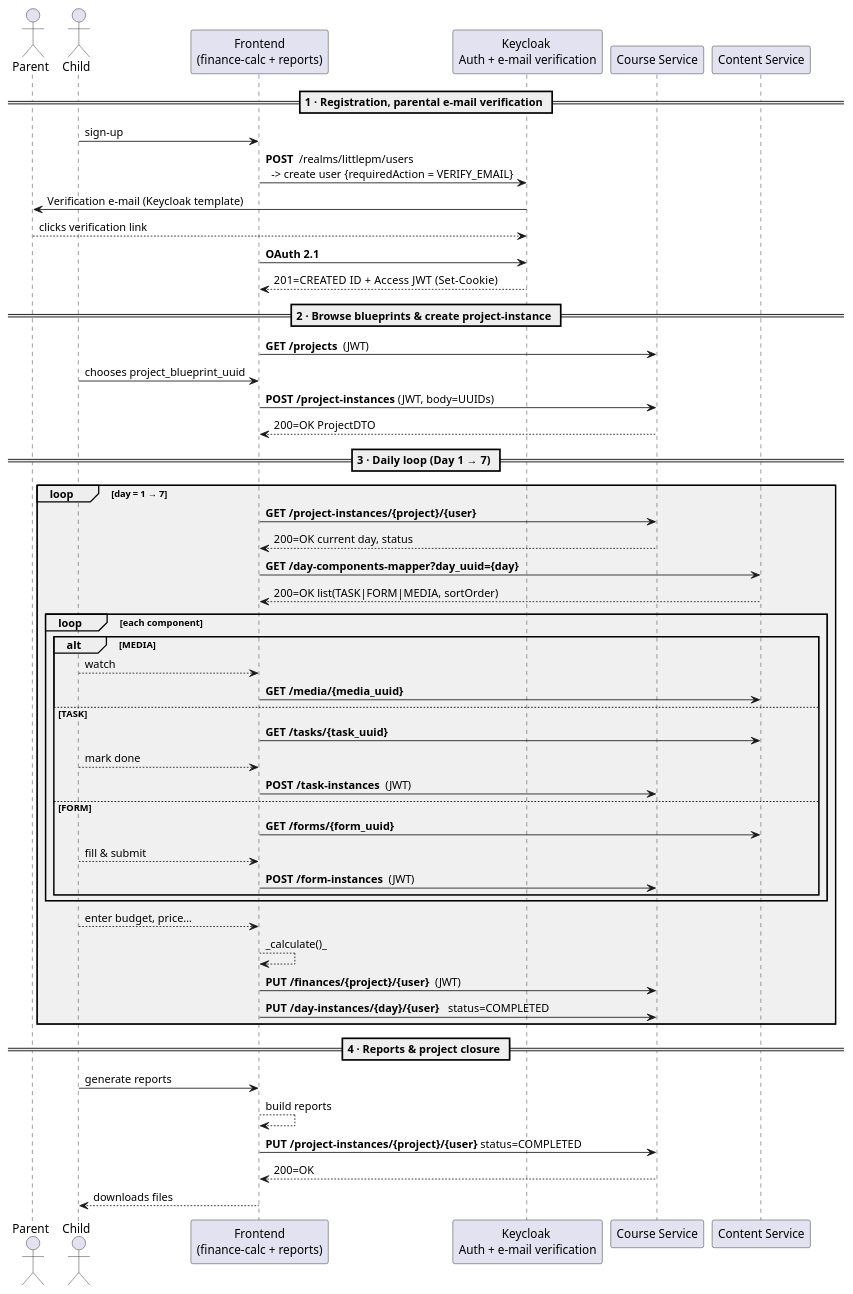
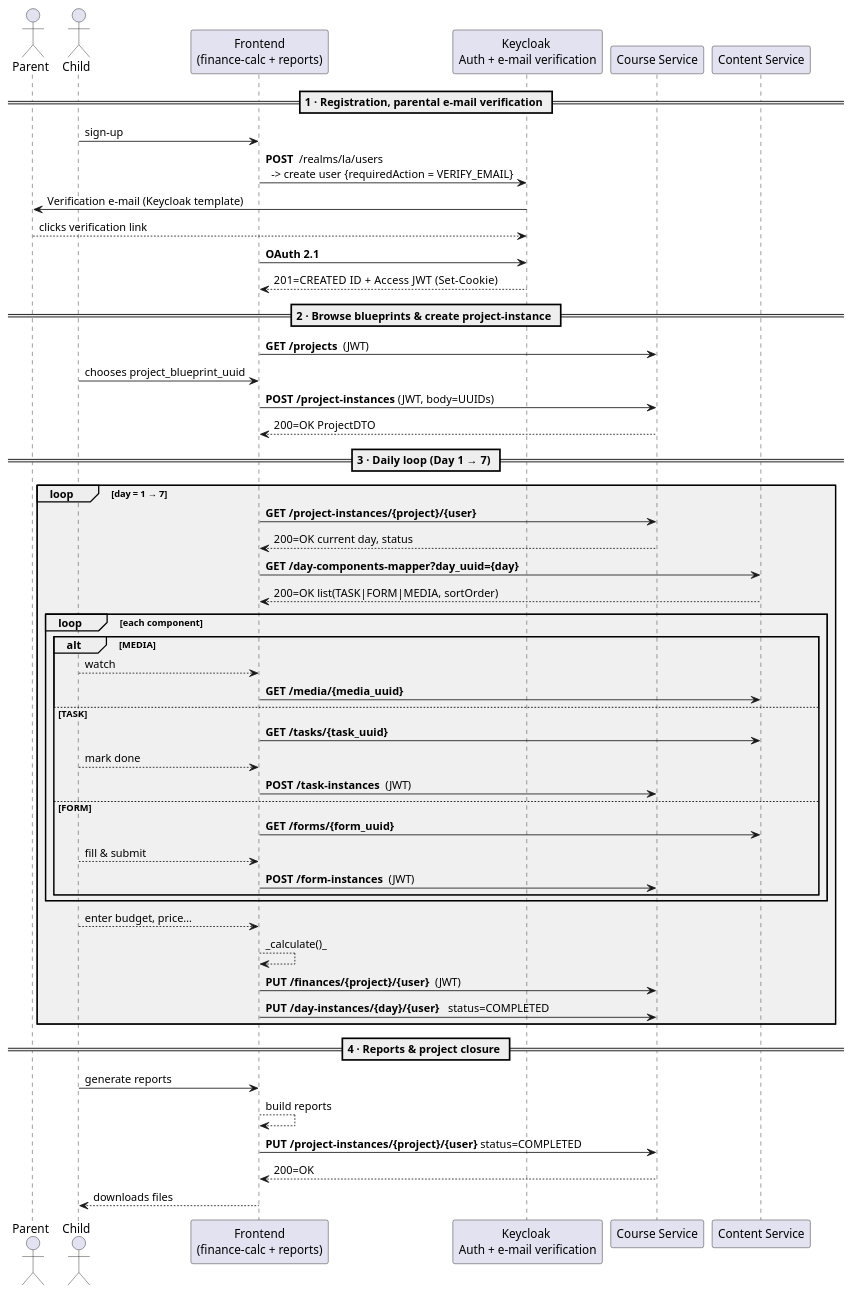
The diagram in docs/design/sequence-diagram/sequence-diag.plantuml (dmr4eg/la-infrastructure), drawn with PlantUML before and after one commit. The commit also changed 20 other files, not shown here.

```diff
--- a/docs/design/sequence-diagram/sequence-diag.plantuml
+++ b/docs/design/sequence-diagram/sequence-diag.plantuml
@@ -1,74 +1,74 @@
 @startuml
 
 skinparam package {
     FontSize 13
     FontStyle bold
     BackgroundColor #F0F0F0
 }
 
 actor Parent
 actor Child
 
 participant "Frontend\n(finance-calc + reports)"      as FE
 participant "Keycloak \nAuth + e-mail verification"    as KC
 participant "Course Service"  as COURSE
 participant "Content Service" as CONTENT
 
 == 1 · Registration, parental e-mail verification ==
 Child  -> FE     : sign-up 
-FE     -> KC     : **POST**  /realms/littlepm/users\n  -> create user {requiredAction = VERIFY_EMAIL}
+FE     -> KC     : **POST**  /realms/la/users\n  -> create user {requiredAction = VERIFY_EMAIL}
 KC     -> Parent : Verification e-mail (Keycloak template)
 Parent --> KC    : clicks verification link 
 FE     -> KC     : **OAuth 2.1** 
 KC     --> FE    : 201=CREATED ID + Access JWT   (Set-Cookie)
 
 
 == 2 · Browse blueprints & create project-instance ==
 FE     -> COURSE : **GET /projects**  (JWT)
 Child  -> FE     : chooses project_blueprint_uuid
 FE     -> COURSE : **POST /project-instances** (JWT, body=UUIDs)
 COURSE --> FE    : 200=OK ProjectDTO 
 
 == 3 · Daily loop  (Day 1 → 7) ==
 loop day = 1 → 7
   ' 3.1 progress/meta
   FE  -> COURSE  : **GET /project-instances/{project}/{user}**
   COURSE--> FE   : 200=OK current day, status
 
   ' 3.2 teaching content
   FE  -> CONTENT : **GET /day-components-mapper?day_uuid={day}**
   CONTENT --> FE : 200=OK list(TASK|FORM|MEDIA, sortOrder)
 
   ' 3.3 execute components
   loop each component
     alt MEDIA
       Child --> FE  : watch 
       FE -> CONTENT : **GET /media/{media_uuid}**
     else TASK
       FE -> CONTENT : **GET /tasks/{task_uuid}**
       Child --> FE  : mark done
       FE -> COURSE  : **POST /task-instances**  (JWT)
     else FORM
       FE -> CONTENT : **GET /forms/{form_uuid}**
       Child --> FE  : fill & submit
       FE -> COURSE  : **POST /form-instances**  (JWT)
     end
   end
 
   ' 3.4 client-side finance
   Child --> FE : enter budget, price…
   FE    --> FE : _calculate()_  
   FE    -> COURSE : **PUT /finances/{project}/{user}**  (JWT)
 
   ' 3.5 day complete & e-mail reminder
   FE    -> COURSE : **PUT /day-instances/{day}/{user}**   status=COMPLETED
 end
 
 == 4 · Reports & project closure ==
 Child -> FE     : generate reports
 FE    --> FE    : build reports
 FE    -> COURSE : **PUT /project-instances/{project}/{user}** status=COMPLETED
 COURSE--> FE    : 200=OK
 Child <-- FE    : downloads files
 
 @enduml
```
